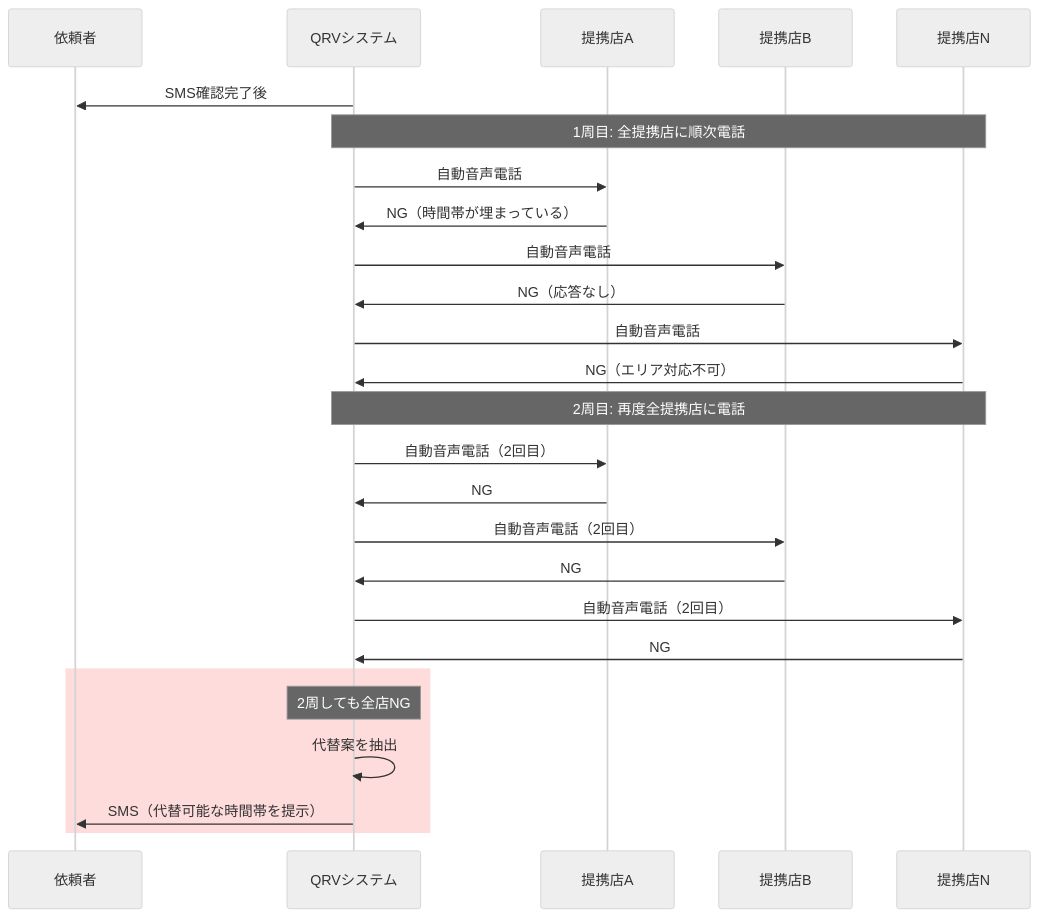
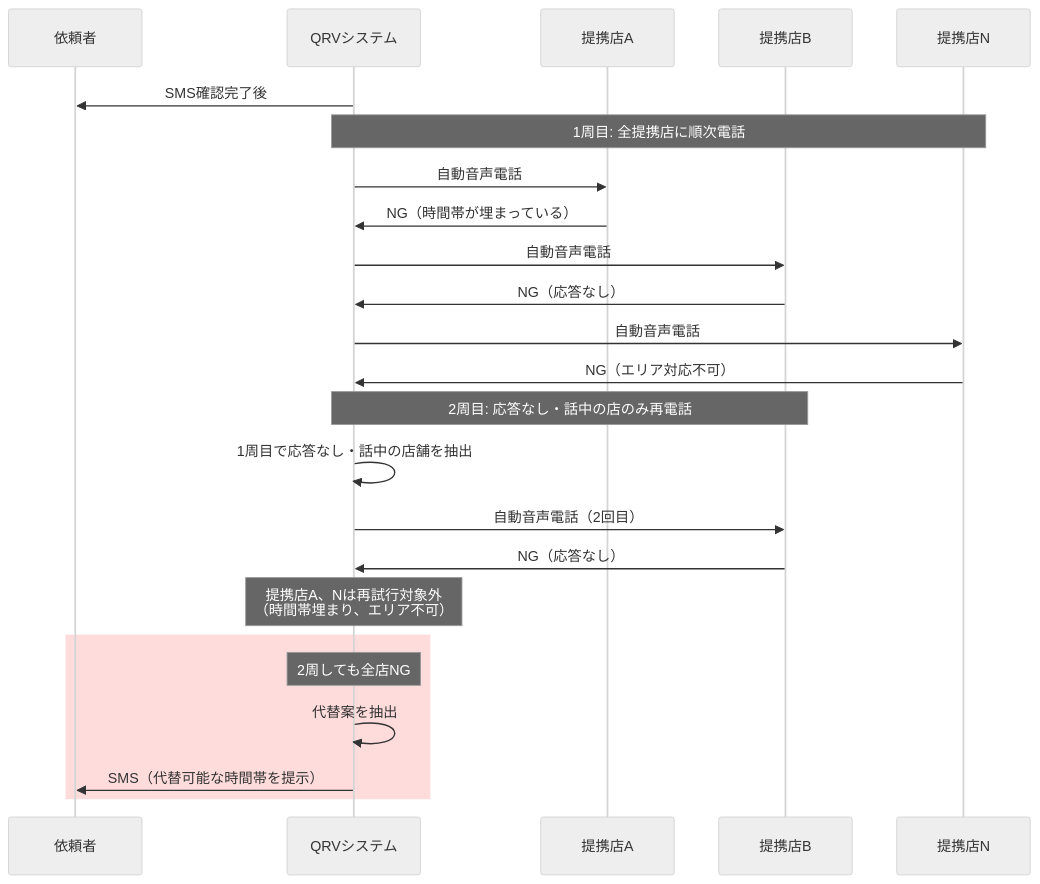
The fourth of 5 diagrams in requiremet/要件定義_図表.md (kshimono/mcp_phone), drawn with Mermaid (neutral theme) before and after one commit. The commit also changed other lines of this file and 2 other files, not shown here.

````diff
--- a/requiremet/要件定義_図表.md
+++ b/requiremet/要件定義_図表.md
@@ -133,32 +134,31 @@
 ```mermaid
 sequenceDiagram
     participant 依頼者
     participant QRVシステム
     participant 提携店A
     participant 提携店B
     participant 提携店N
 
     QRVシステム->>依頼者: SMS確認完了後
 
     Note over QRVシステム,提携店N: 1周目: 全提携店に順次電話
     QRVシステム->>提携店A: 自動音声電話
     提携店A->>QRVシステム: NG（時間帯が埋まっている）
     QRVシステム->>提携店B: 自動音声電話
     提携店B->>QRVシステム: NG（応答なし）
     QRVシステム->>提携店N: 自動音声電話
     提携店N->>QRVシステム: NG（エリア対応不可）
 
-    Note over QRVシステム,提携店N: 2周目: 再度全提携店に電話
-    QRVシステム->>提携店A: 自動音声電話（2回目）
-    提携店A->>QRVシステム: NG
+    Note over QRVシステム,提携店B: 2周目: 応答なし・話中の店のみ再電話
+    QRVシステム->>QRVシステム: 1周目で応答なし・話中の店舗を抽出
     QRVシステム->>提携店B: 自動音声電話（2回目）
-    提携店B->>QRVシステム: NG
-    QRVシステム->>提携店N: 自動音声電話（2回目）
-    提携店N->>QRVシステム: NG
+    提携店B->>QRVシステム: NG（応答なし）
+
+    Note over QRVシステム: 提携店A、Nは再試行対象外<br/>（時間帯埋まり、エリア不可）
 
     rect rgb(255, 220, 220)
         Note over QRVシステム: 2周しても全店NG
         QRVシステム->>QRVシステム: 代替案を抽出
         QRVシステム->>依頼者: SMS（代替可能な時間帯を提示）
     end
 ```
````
